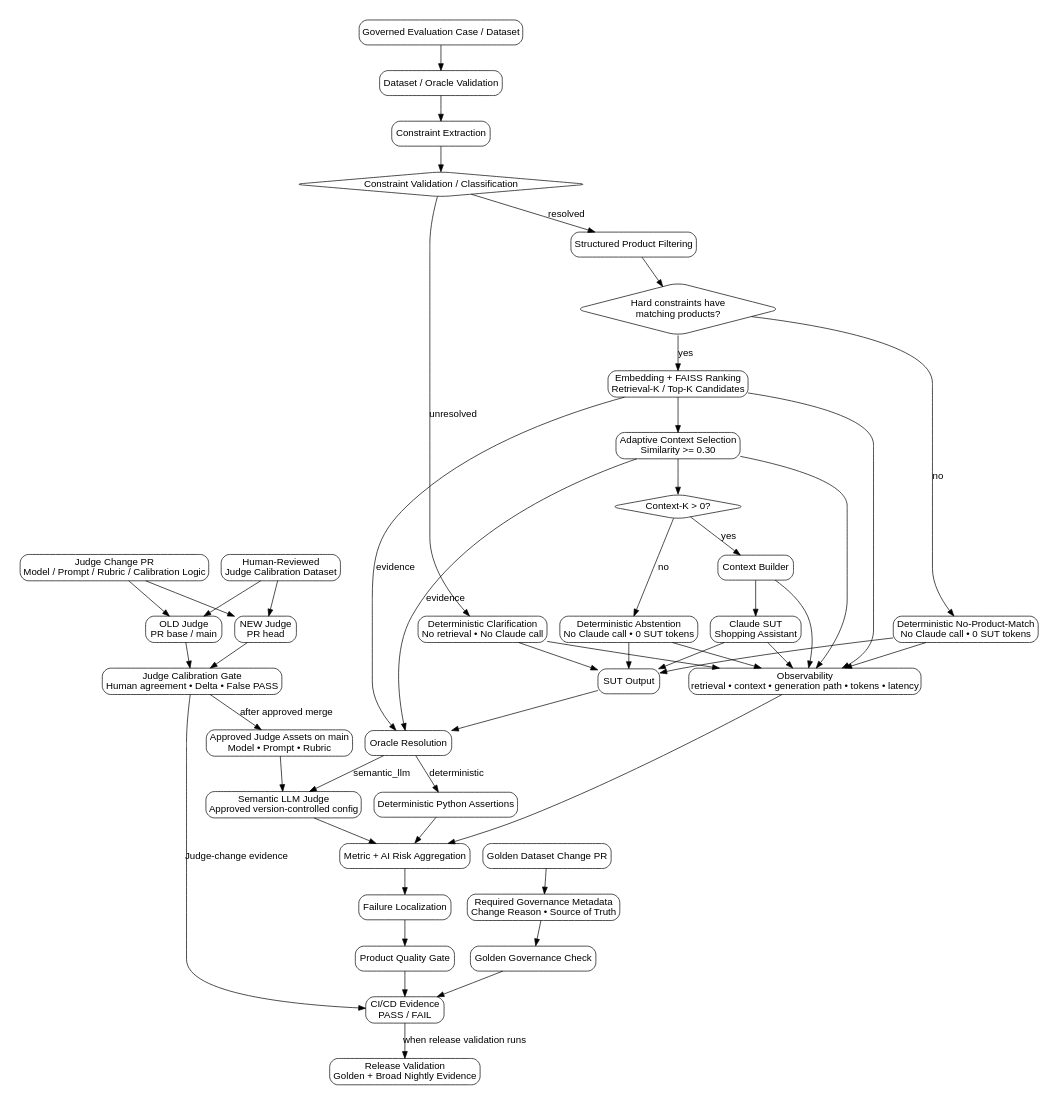
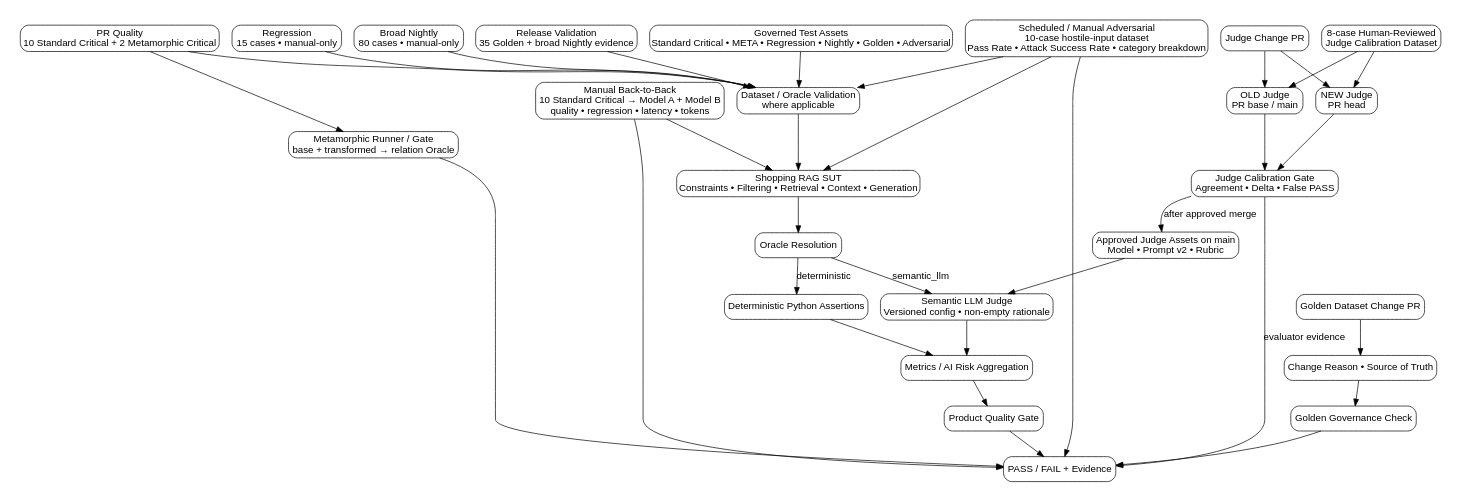
One commit to oleksandrserhieiev-beep/ai-qe-lab changed the diagram in docs/overall.dot. Above: the diagram before and after it, drawn with Graphviz.

Commit message:
Align framework diagram with specialized AI testing workflows

```diff
--- a/docs/overall.dot
+++ b/docs/overall.dot
@@ -1,88 +1,66 @@
 digraph G {
   rankdir=TB;
   graph [fontname="Arial", bgcolor="white", pad="0.3"];
   node [shape=box, style="rounded", fontname="Arial"];
   edge [fontname="Arial"];
 
-  Dataset [label="Governed Evaluation Case / Dataset"];
-  Validation [label="Dataset / Oracle Validation"];
-  Constraints [label="Constraint Extraction"];
-  ConstraintValidation [label="Constraint Validation / Classification", shape=diamond];
-  Clarify [label="Deterministic Clarification\nNo retrieval • No Claude call"];
-  Filter [label="Structured Product Filtering"];
-  Match [label="Hard constraints have\nmatching products?", shape=diamond];
-  NoMatch [label="Deterministic No-Product-Match\nNo Claude call • 0 SUT tokens"];
-  Retrieval [label="Embedding + FAISS Ranking\nRetrieval-K / Top-K Candidates"];
-  ContextK [label="Adaptive Context Selection\nSimilarity >= 0.30"];
-  HasContext [label="Context-K > 0?", shape=diamond];
-  Context [label="Context Builder"];
-  SUT [label="Claude SUT\nShopping Assistant"];
-  Abstain [label="Deterministic Abstention\nNo Claude call • 0 SUT tokens"];
-  Answer [label="SUT Output"];
-
+  Assets [label="Governed Test Assets\nStandard Critical • META • Regression • Nightly • Golden • Adversarial"];
+  Validation [label="Dataset / Oracle Validation\nwhere applicable"];
+  SUT [label="Shopping RAG SUT\nConstraints • Filtering • Retrieval • Context • Generation"];
   Oracle [label="Oracle Resolution"];
   Py [label="Deterministic Python Assertions"];
-  Judge [label="Semantic LLM Judge\nApproved version-controlled config"];
-  Risk [label="Metric + AI Risk Aggregation"];
-  Loc [label="Failure Localization"];
+  Judge [label="Semantic LLM Judge\nVersioned config • non-empty rationale"];
+  Risk [label="Metrics / AI Risk Aggregation"];
   Gate [label="Product Quality Gate"];
-  CI [label="CI/CD Evidence\nPASS / FAIL"];
-  Release [label="Release Validation\nGolden + Broad Nightly Evidence"];
-  Telemetry [label="Observability\nretrieval • context • generation path • tokens • latency"];
+  Evidence [label="PASS / FAIL + Evidence"];
 
-  JudgeAssets [label="Approved Judge Assets on main\nModel • Prompt • Rubric"];
-  JudgeChange [label="Judge Change PR\nModel / Prompt / Rubric / Calibration Logic"];
+  PR [label="PR Quality\n10 Standard Critical + 2 Metamorphic Critical"];
+  Meta [label="Metamorphic Runner / Gate\nbase + transformed → relation Oracle"];
+  B2B [label="Manual Back-to-Back\n10 Standard Critical → Model A + Model B\nquality • regression • latency • tokens"];
+  Adv [label="Scheduled / Manual Adversarial\n10-case hostile-input dataset\nPass Rate • Attack Success Rate • category breakdown"];
+  Regression [label="Regression\n15 cases • manual-only"];
+  Nightly [label="Broad Nightly\n80 cases • manual-only"];
+  Release [label="Release Validation\n35 Golden + broad Nightly evidence"];
+
+  JudgeAssets [label="Approved Judge Assets on main\nModel • Prompt v2 • Rubric"];
+  JudgeChange [label="Judge Change PR"];
   OldJudge [label="OLD Judge\nPR base / main"];
   NewJudge [label="NEW Judge\nPR head"];
-  Calibration [label="Human-Reviewed\nJudge Calibration Dataset"];
-  CalibrationGate [label="Judge Calibration Gate\nHuman agreement • Delta • False PASS"];
+  Calibration [label="8-case Human-Reviewed\nJudge Calibration Dataset"];
+  CalibrationGate [label="Judge Calibration Gate\nAgreement • Delta • False PASS"];
 
   GoldenChange [label="Golden Dataset Change PR"];
-  GoldenMetadata [label="Required Governance Metadata\nChange Reason • Source of Truth"];
+  GoldenMetadata [label="Change Reason • Source of Truth"];
   GoldenCheck [label="Golden Governance Check"];
 
-  Dataset -> Validation -> Constraints -> ConstraintValidation;
-  ConstraintValidation -> Clarify [label="unresolved"];
-  Clarify -> Answer;
-  ConstraintValidation -> Filter [label="resolved"];
-  Filter -> Match;
-  Match -> NoMatch [label="no"];
-  NoMatch -> Answer;
-  Match -> Retrieval [label="yes"];
-  Retrieval -> ContextK -> HasContext;
-  HasContext -> Context [label="yes"];
-  Context -> SUT -> Answer;
-  HasContext -> Abstain [label="no"];
-  Abstain -> Answer;
-
-  Answer -> Oracle;
-  Retrieval -> Oracle [label="evidence"];
-  ContextK -> Oracle [label="evidence"];
+  Assets -> Validation -> SUT -> Oracle;
   Oracle -> Py [label="deterministic"];
   Oracle -> Judge [label="semantic_llm"];
-  JudgeAssets -> Judge;
   Py -> Risk;
   Judge -> Risk;
-  Risk -> Loc -> Gate -> CI;
-  CI -> Release [label="when release validation runs"];
+  Risk -> Gate -> Evidence;
 
-  Clarify -> Telemetry;
-  NoMatch -> Telemetry;
-  Retrieval -> Telemetry;
-  ContextK -> Telemetry;
-  Context -> Telemetry;
-  SUT -> Telemetry;
-  Abstain -> Telemetry;
-  Telemetry -> Risk;
+  PR -> Validation;
+  PR -> Meta;
+  Meta -> Evidence;
+  B2B -> SUT;
+  B2B -> Evidence;
+  Adv -> Validation;
+  Adv -> SUT;
+  Adv -> Evidence;
+  Regression -> Validation;
+  Nightly -> Validation;
+  Release -> Validation;
 
+  JudgeAssets -> Judge;
   JudgeChange -> OldJudge;
   JudgeChange -> NewJudge;
   Calibration -> OldJudge;
   Calibration -> NewJudge;
   OldJudge -> CalibrationGate;
   NewJudge -> CalibrationGate;
-  CalibrationGate -> CI [label="Judge-change evidence"];
+  CalibrationGate -> Evidence [label="evaluator evidence"];
   CalibrationGate -> JudgeAssets [label="after approved merge"];
 
-  GoldenChange -> GoldenMetadata -> GoldenCheck -> CI;
+  GoldenChange -> GoldenMetadata -> GoldenCheck -> Evidence;
 }
```
